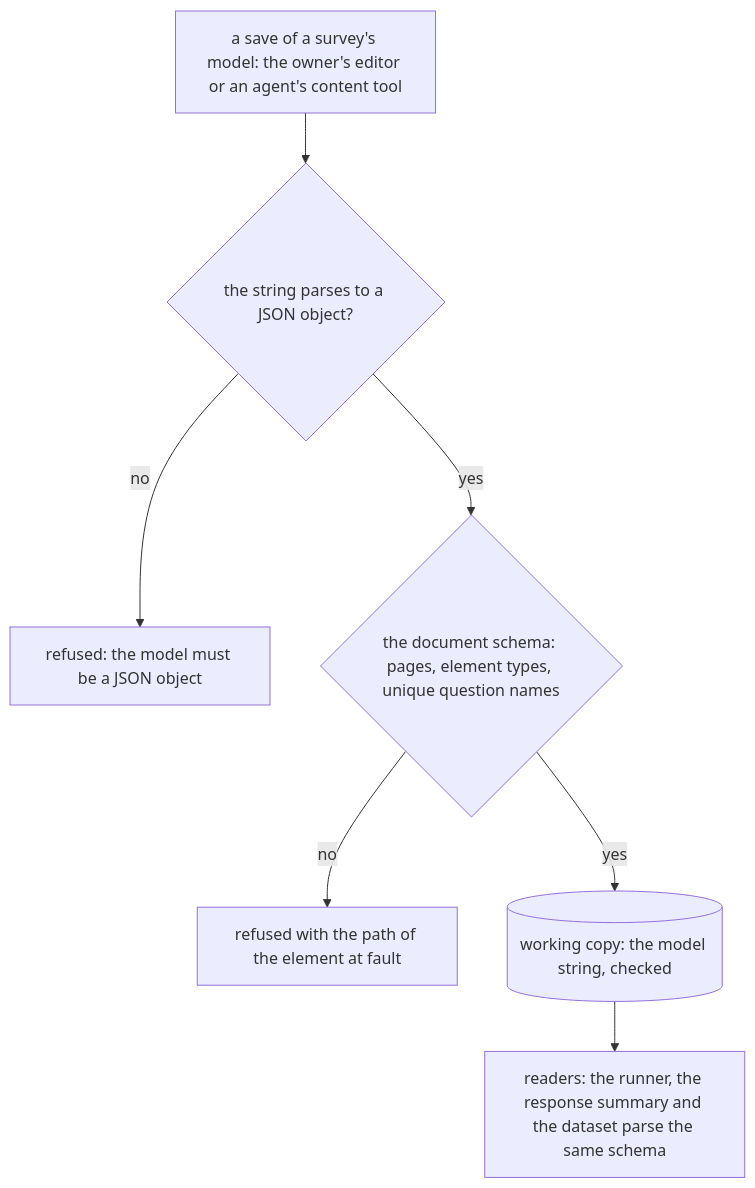
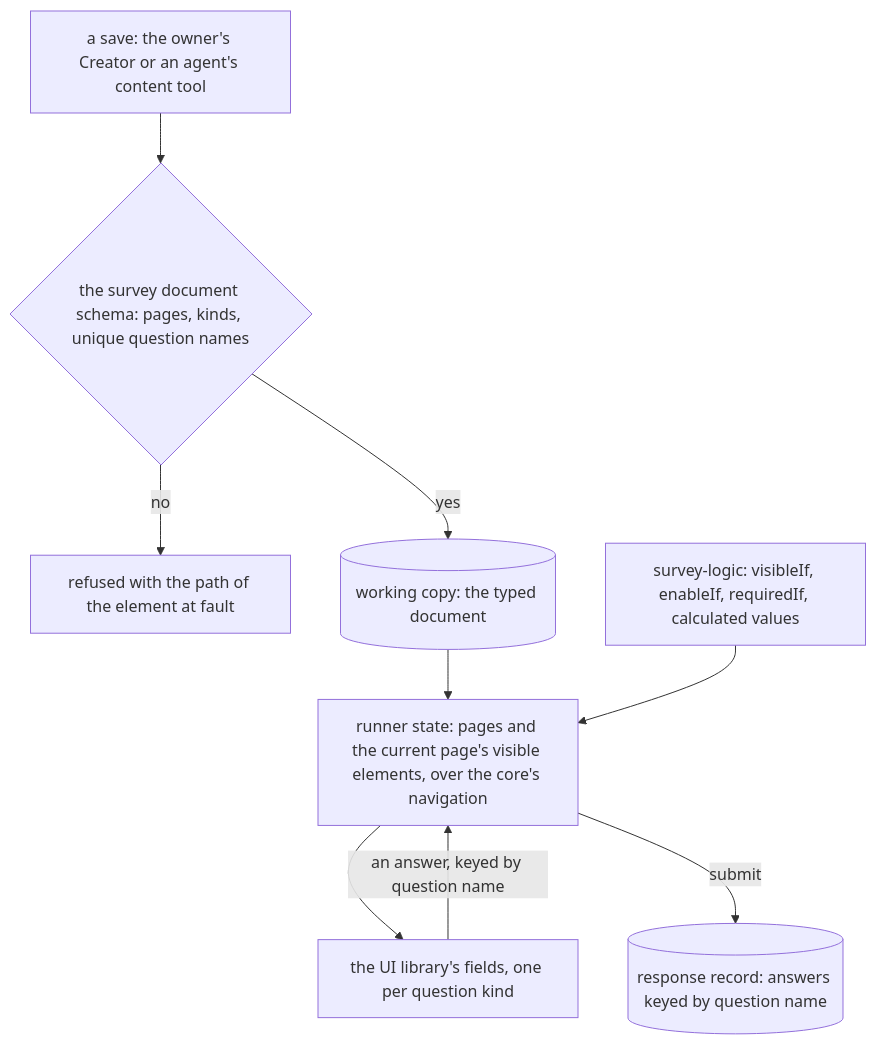
One commit to Esposter/Esposter changed the diagram in openspec/changes/resource-survey-form-engine/design.md. Above: the diagram before and after it, drawn with Mermaid. The commit also changed other lines of this file and 13 other files, not shown here.

Commit message:
docs(openspec): survey form engine — replace SurveyJS, remove the old survey data after owner confirmation

````diff
--- a/openspec/changes/resource-survey-form-engine/design.md
+++ b/openspec/changes/resource-survey-form-engine/design.md
@@ -9,9 +9,11 @@
 ```mermaid
 flowchart TD
-  WRITE["a save of a survey's model: the owner's editor or an agent's content tool"] --> OBJ{"the string parses to a JSON object?"}
-  OBJ -->|no| REFUSE["refused: the model must be a JSON object"]
-  OBJ -->|yes| DOC{"the document schema: pages, element types, unique question names"}
-  DOC -->|no| REFUSE2["refused with the path of the element at fault"]
-  DOC -->|yes| STORE[("working copy: the model string, checked")]
-  STORE --> READ["readers: the runner, the response summary and the dataset parse the same schema"]
+  WRITE["a save: the owner's Creator or an agent's content tool"] --> SCHEMA{"the survey document schema: pages, kinds, unique question names"}
+  SCHEMA -->|no| REFUSE["refused with the path of the element at fault"]
+  SCHEMA -->|yes| STORE[("working copy: the typed document")]
+  STORE --> FLOW["runner state: pages and the current page's visible elements, over the core's navigation"]
+  LOGIC["survey-logic: visibleIf, enableIf, requiredIf, calculated values"] --> FLOW
+  FLOW --> FIELDS["the UI library's fields, one per question kind"]
+  FIELDS -->|an answer, keyed by question name| FLOW
+  FLOW -->|submit| RESPONSE[("response record: answers keyed by question name")]
 ```
````
